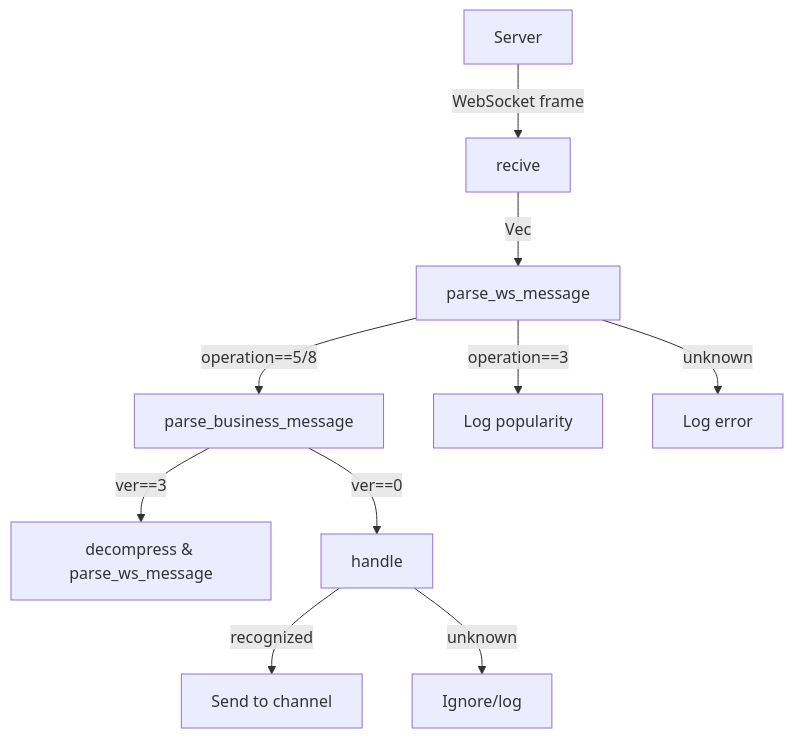
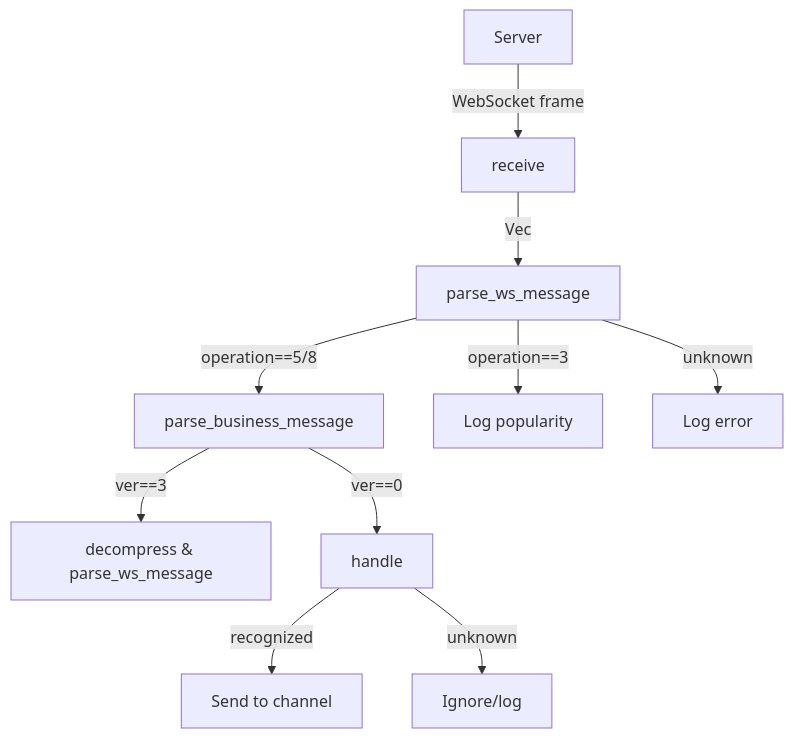
Before and after one commit to jiahaoxiang2000/blivedm_rs: the second of 2 diagrams in docs/client.md, drawn with Mermaid. The commit also changed other lines of this file and 15 other files, not shown here.

````diff
--- a/docs/client.md
+++ b/docs/client.md
@@ -88,12 +88,12 @@
 ```mermaid
 graph TD
-    S[Server] -- "WebSocket frame" --> R[recive]
+    S[Server] -- "WebSocket frame" --> R[receive]
     R -- "Vec<u8>" --> P[parse_ws_message]
     P -- "operation==5/8" --> B[parse_business_message]
     P -- "operation==3" --> L[Log popularity]
     P -- "unknown" --> E[Log error]
     B -- "ver==3" --> D[decompress & parse_ws_message]
     B -- "ver==0" --> H[handle]
     H -- "recognized" --> C[Send to channel]
     H -- "unknown" --> U[Ignore/log]
 ```
````
